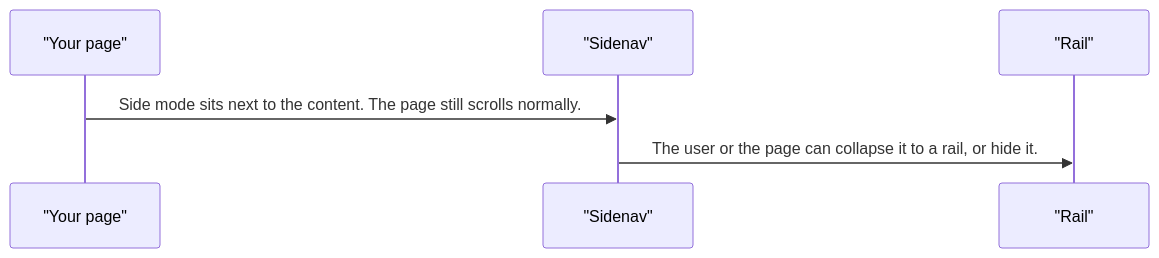
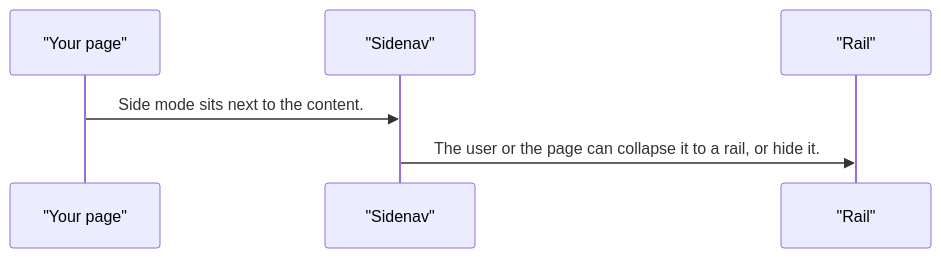
Before and after one commit to RajshekharBorate/pixel-ui: the second of 4 diagrams in projects/pixel-ui/src/lib/pixel-sidenav/DESIGN.md, drawn with Mermaid. The commit also changed other lines of this file and 80 other files, not shown here.

Commit message:
Fill missing design flows and correct the stories that did not match component behavior.

````diff
--- a/projects/pixel-ui/src/lib/pixel-sidenav/DESIGN.md
+++ b/projects/pixel-ui/src/lib/pixel-sidenav/DESIGN.md
@@ -53,8 +53,8 @@
 ```mermaid
 sequenceDiagram
   participant page as "Your page"
   participant nav as "Sidenav"
   participant rail as "Rail"
-  page->>nav: Side mode sits next to the content. The page still scrolls normally.
+  page->>nav: Side mode sits next to the content.
   nav->>rail: The user or the page can collapse it to a rail, or hide it.
 ```
````
